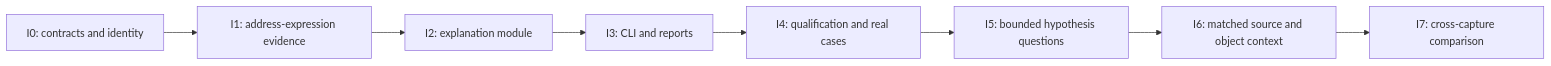
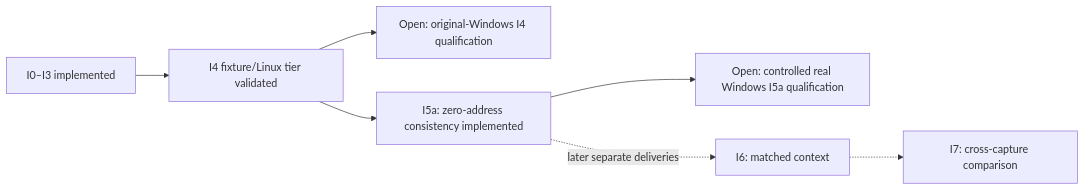
One commit to NzSN/Ariadne changed the diagram in Plans/investigation-layer.md. Above: the diagram before and after it, drawn with Mermaid. The commit also changed other lines of this file and 191 other files, not shown here.

````diff
--- a/Plans/investigation-layer.md
+++ b/Plans/investigation-layer.md
@@ -34,10 +55,9 @@
 ```mermaid
 flowchart LR
-    I0["I0: contracts and identity"] --> I1["I1: address-expression evidence"]
-    I1 --> I2["I2: explanation module"]
-    I2 --> I3["I3: CLI and reports"]
-    I3 --> I4["I4: qualification and real cases"]
-    I4 --> I5["I5: bounded hypothesis questions"]
-    I5 --> I6["I6: matched source and object context"]
-    I6 --> I7["I7: cross-capture comparison"]
+    Delivered["I0–I3 implemented"] --> Tier["I4 fixture/Linux tier validated"]
+    Tier --> Windows["Open: original-Windows I4 qualification"]
+    Tier --> I5["I5a: zero-address consistency implemented"]
+    I5 --> I5Windows["Open: controlled real Windows I5a qualification"]
+    I5 -. "later separate deliveries" .-> I6["I6: matched context"]
+    I6 -.-> I7["I7: cross-capture comparison"]
 ```
````
